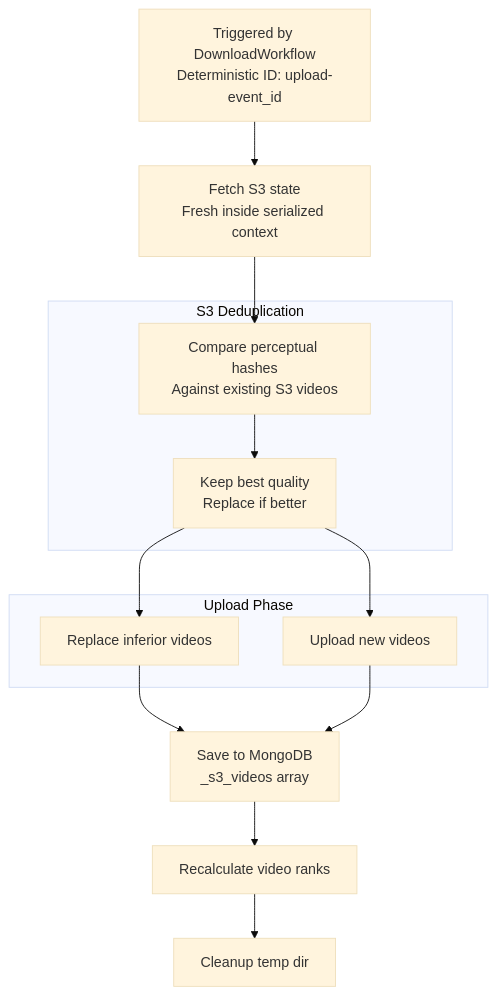
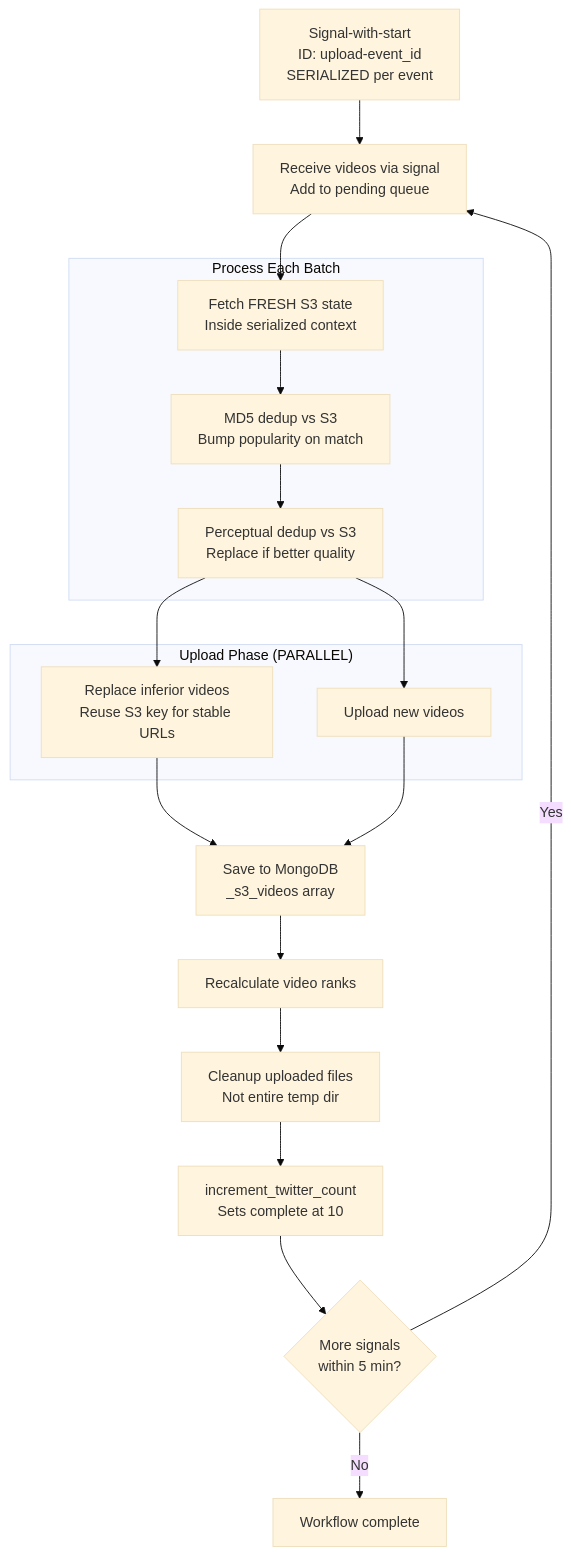
One commit to vedantadhobley/found-footy changed diagram 14 of 14 in README.md. Above: the diagram before and after it, drawn with Mermaid (base theme). The commit also changed other lines of this file and 4 other files, not shown here.

First line of the commit message:
docs: update README with multi-worker architecture and Mermaid diagrams

````diff
--- a/README.md
+++ b/README.md
@@ -620,23 +663,29 @@
 ```mermaid
 flowchart TB
-    TRIGGER[Triggered by DownloadWorkflow<br/>Deterministic ID: upload-event_id]
+    TRIGGER[Signal-with-start<br/>ID: upload-event_id<br/>SERIALIZED per event]
     
-    FETCH[Fetch S3 state<br/>Fresh inside serialized context]
+    QUEUE[Receive videos via signal<br/>Add to pending queue]
     
-    subgraph DEDUP["S3 Deduplication"]
-        COMPARE[Compare perceptual hashes<br/>Against existing S3 videos]
-        QUALITY[Keep best quality<br/>Replace if better]
+    subgraph BATCH["Process Each Batch"]
+        FETCH[Fetch FRESH S3 state<br/>Inside serialized context]
+        MD5[MD5 dedup vs S3<br/>Bump popularity on match]
+        PHASH[Perceptual dedup vs S3<br/>Replace if better quality]
     end
     
-    subgraph UPLOAD["Upload Phase"]
-        REPLACE[Replace inferior videos]
+    subgraph UPLOAD["Upload Phase (PARALLEL)"]
+        REPLACE[Replace inferior videos<br/>Reuse S3 key for stable URLs]
         NEW[Upload new videos]
     end
     
     SAVE[Save to MongoDB<br/>_s3_videos array]
     RANKS[Recalculate video ranks]
-    CLEANUP[Cleanup temp dir]
+    CLEANUP[Cleanup uploaded files<br/>Not entire temp dir]
+    COUNT[increment_twitter_count<br/>Sets complete at 10]
+    WAIT{More signals<br/>within 5 min?}
+    DONE[Workflow complete]
     
-    TRIGGER --> FETCH --> COMPARE --> QUALITY
-    QUALITY --> REPLACE & NEW --> SAVE --> RANKS --> CLEANUP
+    TRIGGER --> QUEUE --> FETCH --> MD5 --> PHASH
+    PHASH --> REPLACE & NEW --> SAVE --> RANKS --> CLEANUP --> COUNT --> WAIT
+    WAIT -->|Yes| QUEUE
+    WAIT -->|No| DONE
 ```
````
